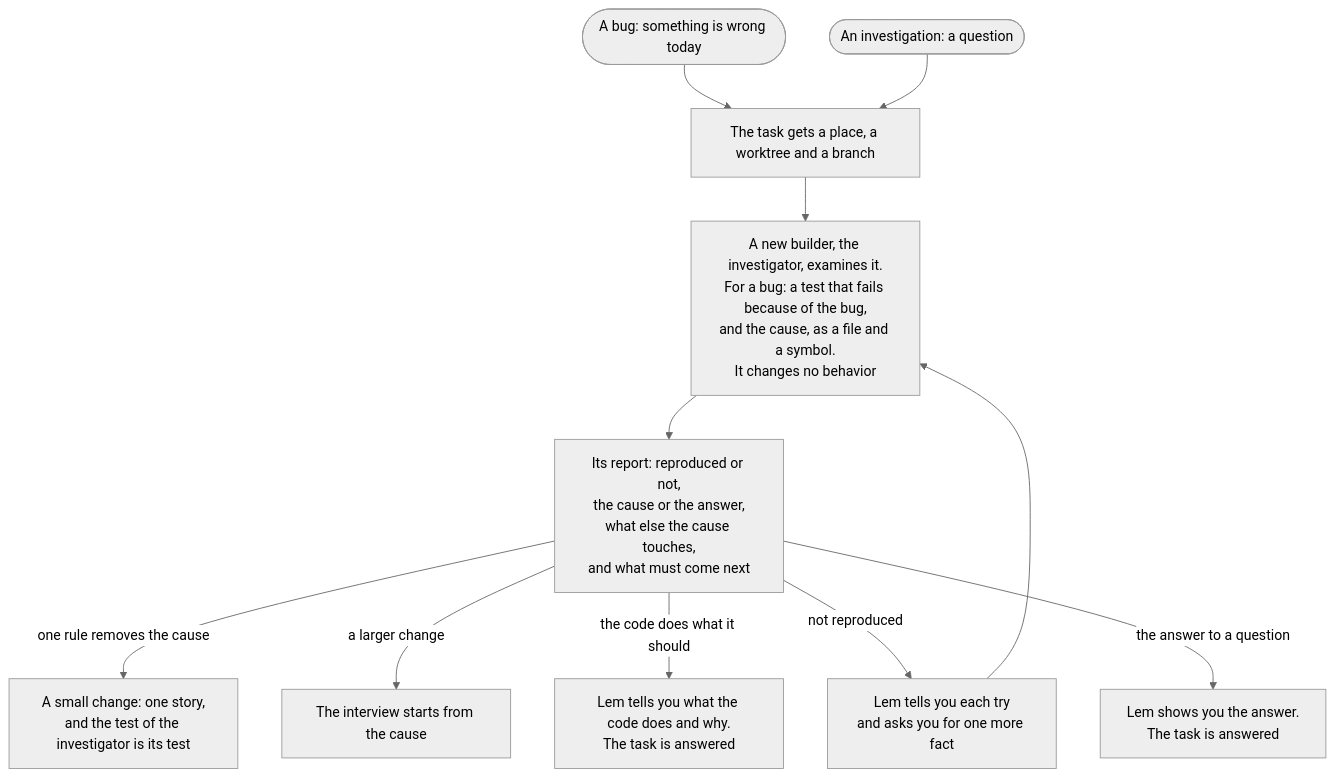
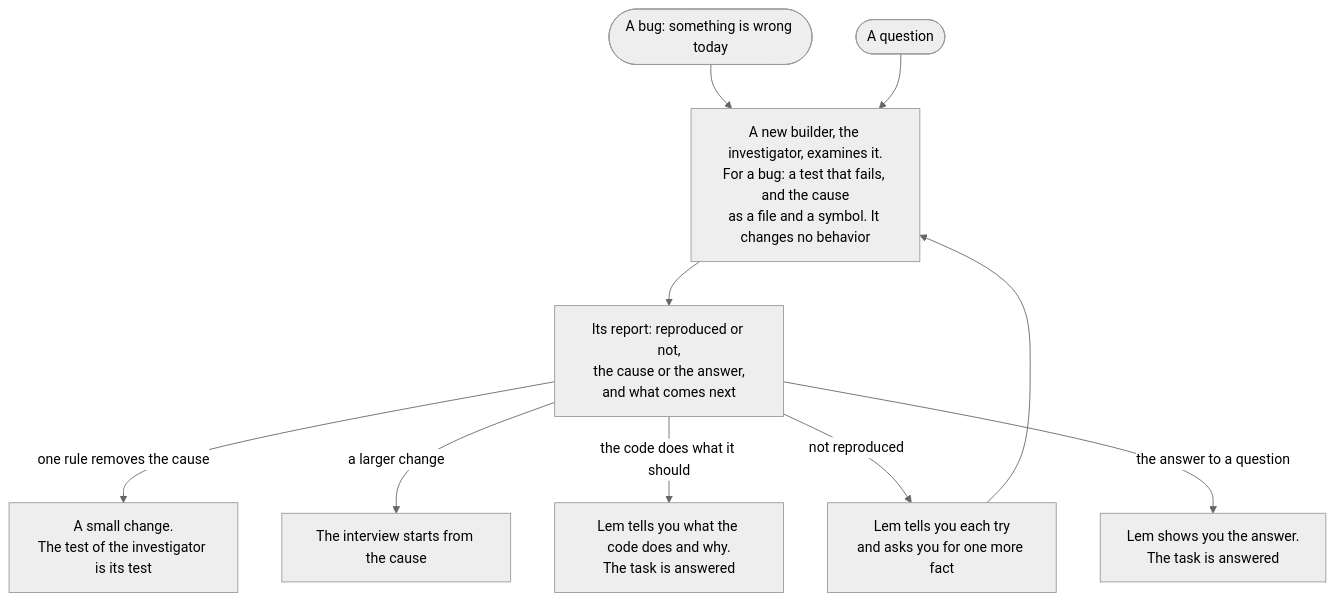
The second of 2 diagrams in docs/flow.md (pySilver/lem), drawn with Mermaid (neutral theme) before and after one commit. The commit also changed other lines of this file and 3 other files, not shown here.

First line of the commit message:
docs(lem): flow, settings, inside and install in the words of now

````diff
--- a/docs/flow.md
+++ b/docs/flow.md
@@ -393,13 +308,12 @@
 ```mermaid
 flowchart TD
-    bug([A bug: something is wrong today]) --> place[The task gets a place, a worktree and a branch]
-    question([An investigation: a question]) --> place
-    place --> inv[A new builder, the investigator, examines it.<br/>For a bug: a test that fails because of the bug,<br/>and the cause, as a file and a symbol.<br/>It changes no behavior]
-    inv --> report[Its report: reproduced or not,<br/>the cause or the answer,<br/>what else the cause touches,<br/>and what must come next]
-    report -- one rule removes the cause --> corr[A small change: one story,<br/>and the test of the investigator is its test]
+    bug([A bug: something is wrong today]) --> inv[A new builder, the investigator, examines it.<br/>For a bug: a test that fails, and the cause<br/>as a file and a symbol. It changes no behavior]
+    question([A question]) --> inv
+    inv --> report[Its report: reproduced or not,<br/>the cause or the answer,<br/>and what comes next]
+    report -- one rule removes the cause --> smallfix[A small change.<br/>The test of the investigator is its test]
     report -- a larger change --> interview[The interview starts from the cause]
     report -- the code does what it should --> nb[Lem tells you what the code does and why.<br/>The task is answered]
     report -- not reproduced --> fact[Lem tells you each try<br/>and asks you for one more fact]
     report -- the answer to a question --> ans[Lem shows you the answer.<br/>The task is answered]
     fact --> inv
 ```
````
